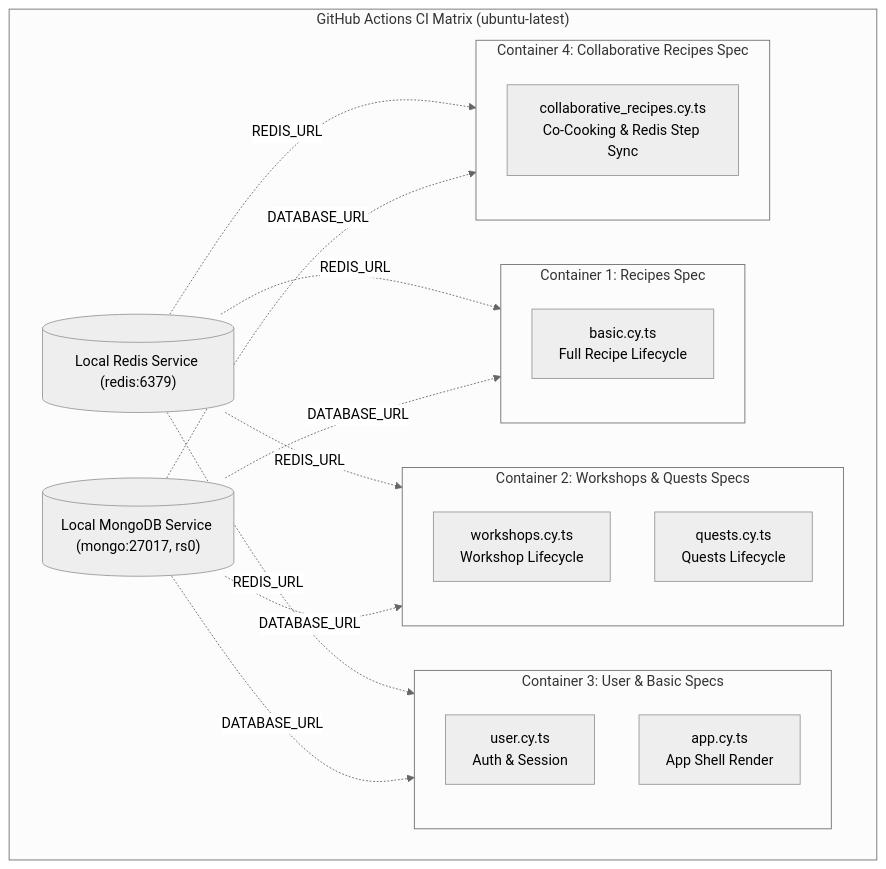
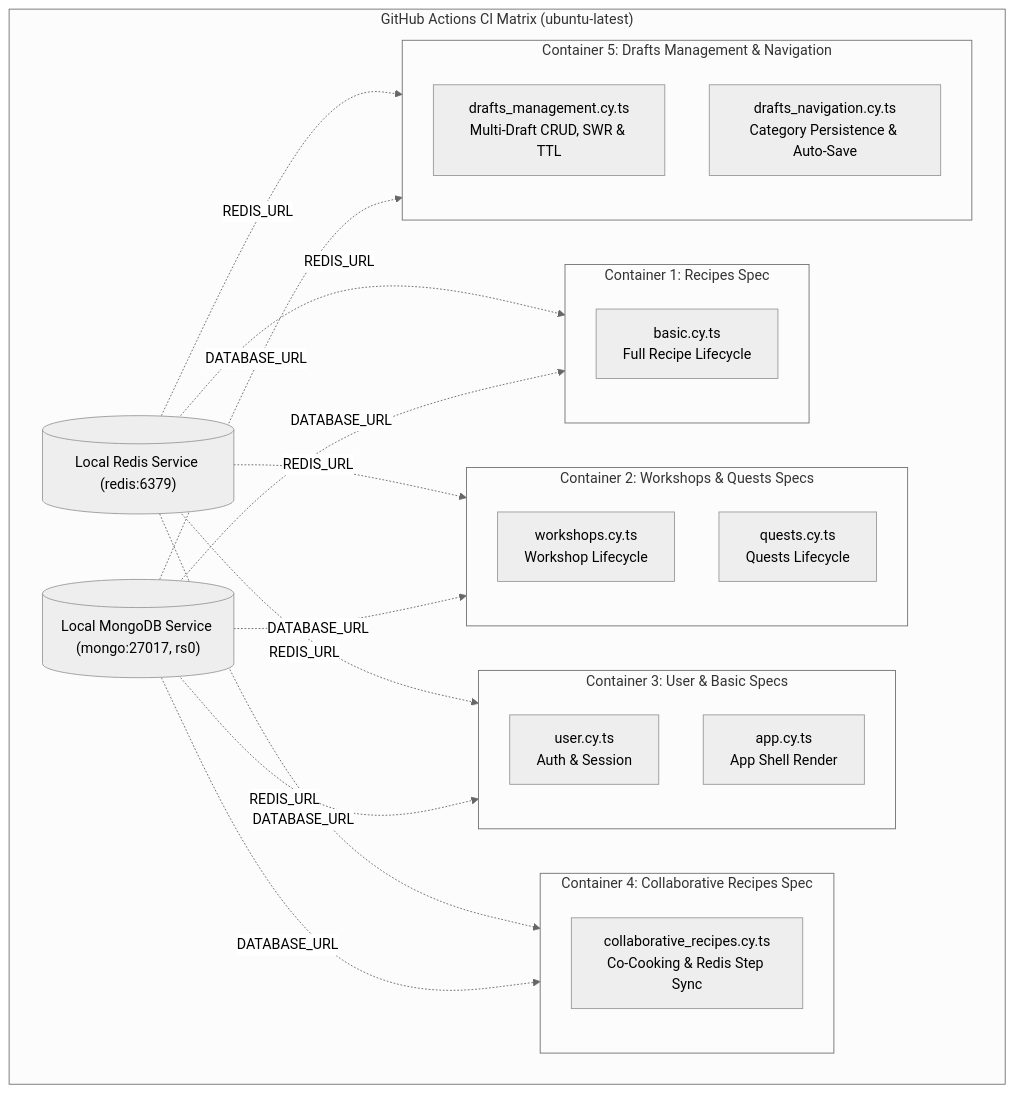
The first of 13 diagrams in docs/testing/e2e/workflows.md (jorbush/jorbites), drawn with Mermaid (neutral theme) before and after one commit. The commit also changed other lines of this file and 16 other files, not shown here.

````diff
--- a/docs/testing/e2e/workflows.md
+++ b/docs/testing/e2e/workflows.md
@@ -9,35 +9,42 @@
 ```mermaid
 flowchart TD
     subgraph GitHubActions["GitHub Actions CI Matrix (ubuntu-latest)"]
         redisSvc[("Local Redis Service (redis:6379)")]
         mongoSvc[("Local MongoDB Service (mongo:27017, rs0)")]
 
         subgraph Job1["Container 1: Recipes Spec"]
             T1["basic.cy.ts<br/>Full Recipe Lifecycle"]
         end
 
         subgraph Job2["Container 2: Workshops & Quests Specs"]
             T2["workshops.cy.ts<br/>Workshop Lifecycle"]
             T3["quests.cy.ts<br/>Quests Lifecycle"]
         end
 
         subgraph Job3["Container 3: User & Basic Specs"]
             T4["user.cy.ts<br/>Auth & Session"]
             T5["app.cy.ts<br/>App Shell Render"]
         end
 
         subgraph Job4["Container 4: Collaborative Recipes Spec"]
             T6["collaborative_recipes.cy.ts<br/>Co-Cooking & Redis Step Sync"]
         end
+
+        subgraph Job5["Container 5: Drafts Management & Navigation"]
+            T7["drafts_management.cy.ts<br/>Multi-Draft CRUD, SWR & TTL"]
+            T8["drafts_navigation.cy.ts<br/>Category Persistence & Auto-Save"]
+        end
     end
 
     redisSvc -.->|REDIS_URL| Job1
     redisSvc -.->|REDIS_URL| Job2
     redisSvc -.->|REDIS_URL| Job3
     redisSvc -.->|REDIS_URL| Job4
+    redisSvc -.->|REDIS_URL| Job5
 
     mongoSvc -.->|DATABASE_URL| Job1
     mongoSvc -.->|DATABASE_URL| Job2
     mongoSvc -.->|DATABASE_URL| Job3
     mongoSvc -.->|DATABASE_URL| Job4
+    mongoSvc -.->|DATABASE_URL| Job5
 ```
````
